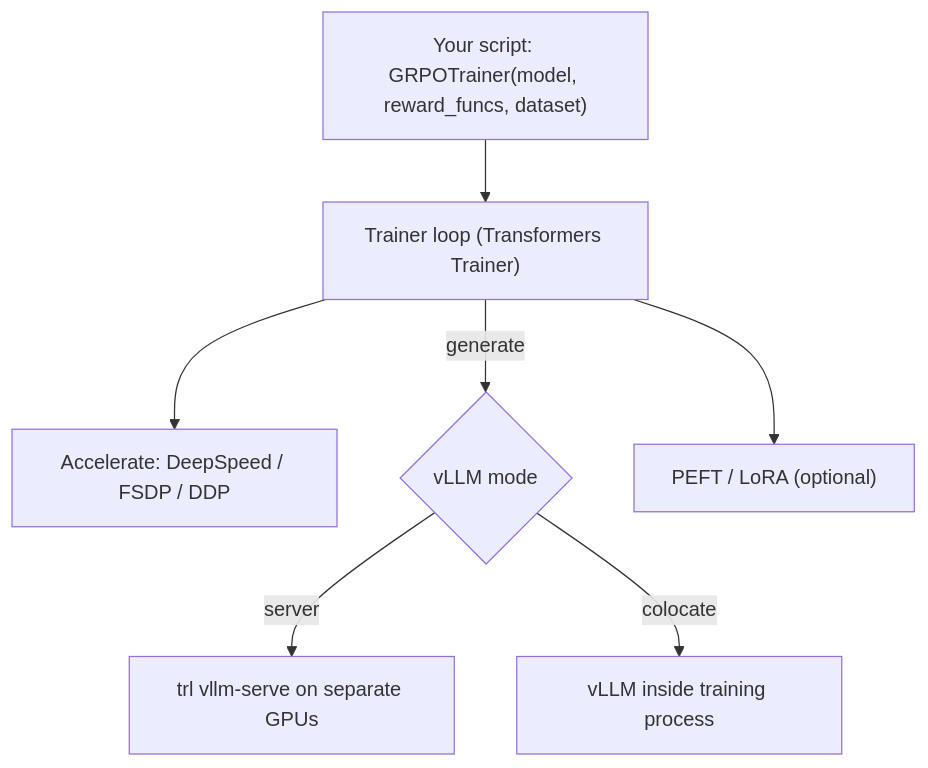
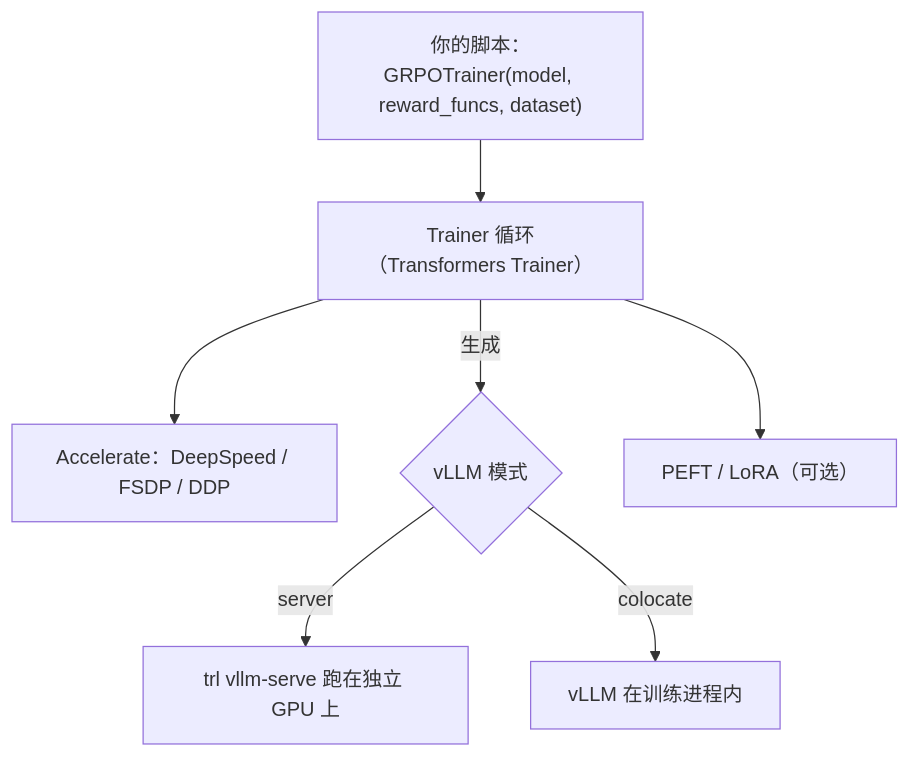
The fourth of 8 diagrams in src/content/posts/llm-rl-frameworks.md (lxy-alexander/VoidIndex), drawn with Mermaid before and after one commit. The commit also changed other lines of this file and 4 other files, not shown here.

````diff
--- a/src/content/posts/llm-rl-frameworks.md
+++ b/src/content/posts/llm-rl-frameworks.md
@@ -123,10 +123,10 @@
 ```mermaid
 flowchart TB
-  U["Your script: GRPOTrainer(model, reward_funcs, dataset)"]
-  U --> T["Trainer loop (Transformers Trainer)"]
-  T --> ACC["Accelerate: DeepSpeed / FSDP / DDP"]
-  T -- "generate" --> G{"vLLM mode"}
-  G -- "server" --> S["trl vllm-serve on separate GPUs"]
-  G -- "colocate" --> CO["vLLM inside training process"]
-  T --> P["PEFT / LoRA (optional)"]
+  U["你的脚本：GRPOTrainer(model, reward_funcs, dataset)"]
+  U --> T["Trainer 循环（Transformers Trainer）"]
+  T --> ACC["Accelerate：DeepSpeed / FSDP / DDP"]
+  T -- "生成" --> G{"vLLM 模式"}
+  G -- "server" --> S["trl vllm-serve 跑在独立 GPU 上"]
+  G -- "colocate" --> CO["vLLM 在训练进程内"]
+  T --> P["PEFT / LoRA（可选）"]
 ```
````
